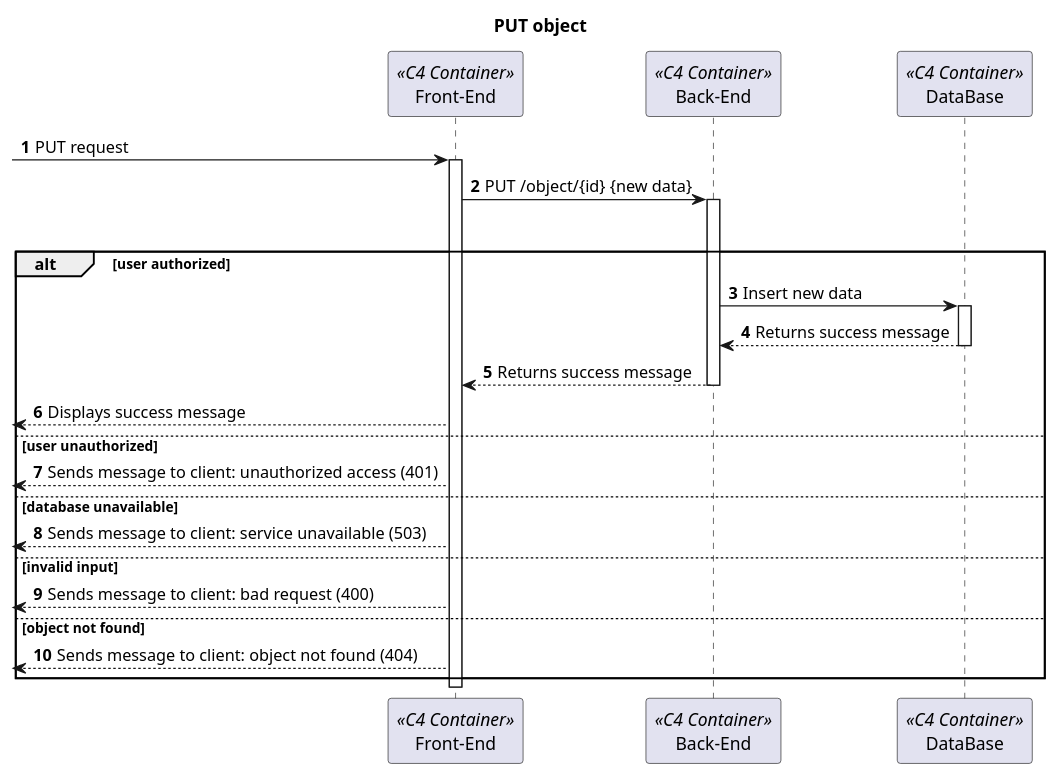
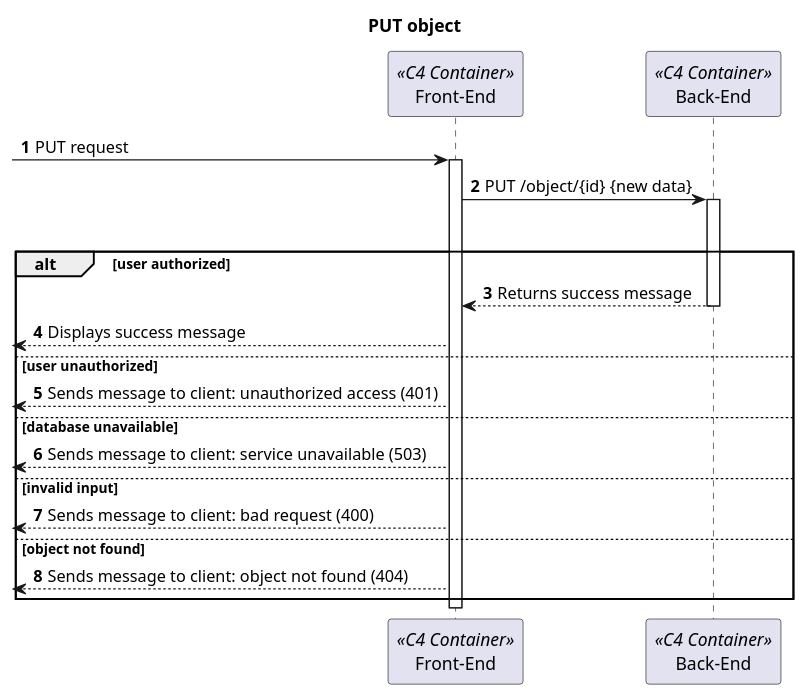
Before and after one commit to AlexandreRibeiro1220647/LAPR5_Backend: the diagram in docs/generic/lvl 2/genericPUT.puml, drawn with PlantUML. The commit also changed 3 other files, not shown here.

Commit message:
Updated level 2 generic diagrams

```diff
--- a/docs/generic/lvl 2/genericPUT.puml
+++ b/docs/generic/lvl 2/genericPUT.puml
@@ -1,45 +1,38 @@
 @startuml Process View - Level 2
 
 autonumber
 skinparam packageStyle rect
 
 title PUT object
 
 participant "Front-End" as FE <<C4 Container>>
 participant "Back-End" as BE <<C4 Container>>
-participant "DataBase" as DB <<C4 Container>>
 
 -> FE: PUT request
 activate FE
 FE -> BE: PUT /object/{id} {new data}
 activate BE
 alt user authorized
 
     alt user authorized
-
-        BE -> DB: Insert new data
-        activate DB
-        DB --> BE: Returns success message
-        deactivate DB
-
         BE --> FE: Returns success message
         deactivate BE
         <-- FE: Displays success message
     
 else user unauthorized
 
 <-- FE: Sends message to client: unauthorized access (401)
 else database unavailable
 <-- FE: Sends message to client: service unavailable (503)
 else invalid input
 
 <-- FE: Sends message to client: bad request (400)
 
 else object not found
 
 <-- FE: Sends message to client: object not found (404)
 
 end alt
 deactivate FE
 
 @enduml
```
